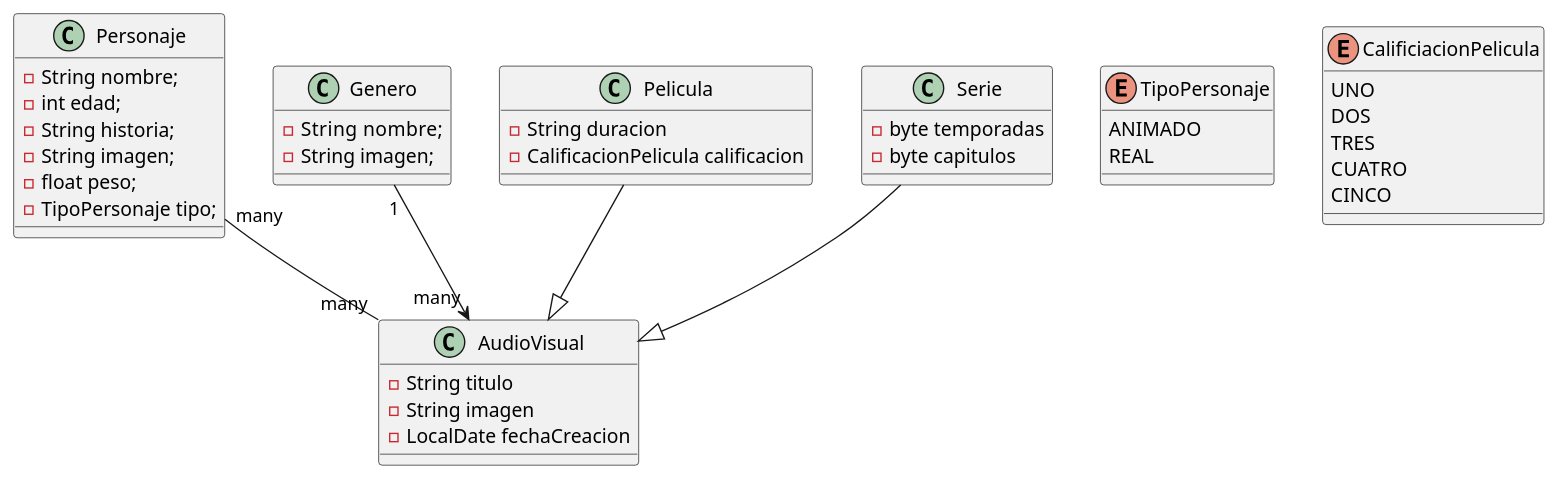
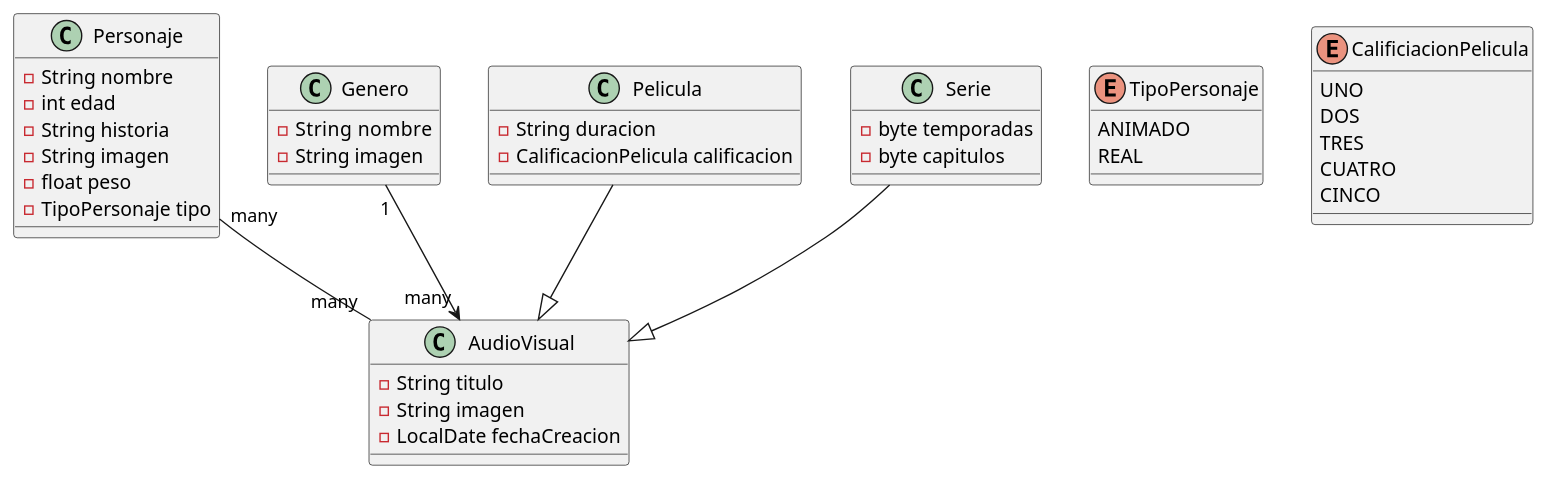
The diagram in src/main/java/com/javadabadu/disney/UML/modeladoUML.puml (MansillaLucas/Disney-Gradle-Migration), drawn with PlantUML before and after one commit.

Commit message:
se eliminan todas las comas

```diff
--- a/src/main/java/com/javadabadu/disney/UML/modeladoUML.puml
+++ b/src/main/java/com/javadabadu/disney/UML/modeladoUML.puml
@@ -1,51 +1,51 @@
 @startuml
 Personaje "many" -- "many" AudioVisual
 Genero  "1" --> "many" AudioVisual
 Pelicula  --|> AudioVisual
 Serie     --|> AudioVisual
  class Personaje {
-    - String nombre;
-    - int edad;
-    - String historia;
-    - String imagen;
-    - float peso;
-    - TipoPersonaje tipo;
+    - String nombre
+    - int edad
+    - String historia
+    - String imagen
+    - float peso
+    - TipoPersonaje tipo
 }
 
  class Genero {
-     - String  nombre;
-     - String imagen;
+     - String  nombre
+     - String imagen
 }
 
  class Pelicula {
     - String duracion
     - CalificacionPelicula calificacion
 }
 class Serie{
  - byte temporadas
  - byte capitulos
 }
 
 
 class AudioVisual {
     - String titulo
     - String imagen
     - LocalDate fechaCreacion
 }
 
 
 enum TipoPersonaje {
     ANIMADO
     REAL
 }
 
 enum CalificiacionPelicula {
     UNO
     DOS
     TRES
     CUATRO
     CINCO
 }
 
 
 @enduml
```
